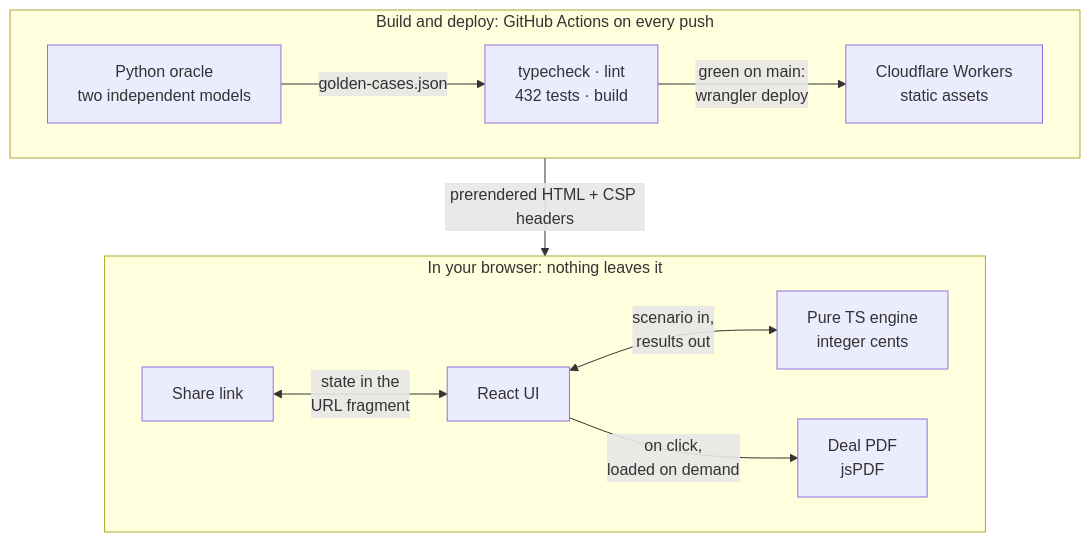
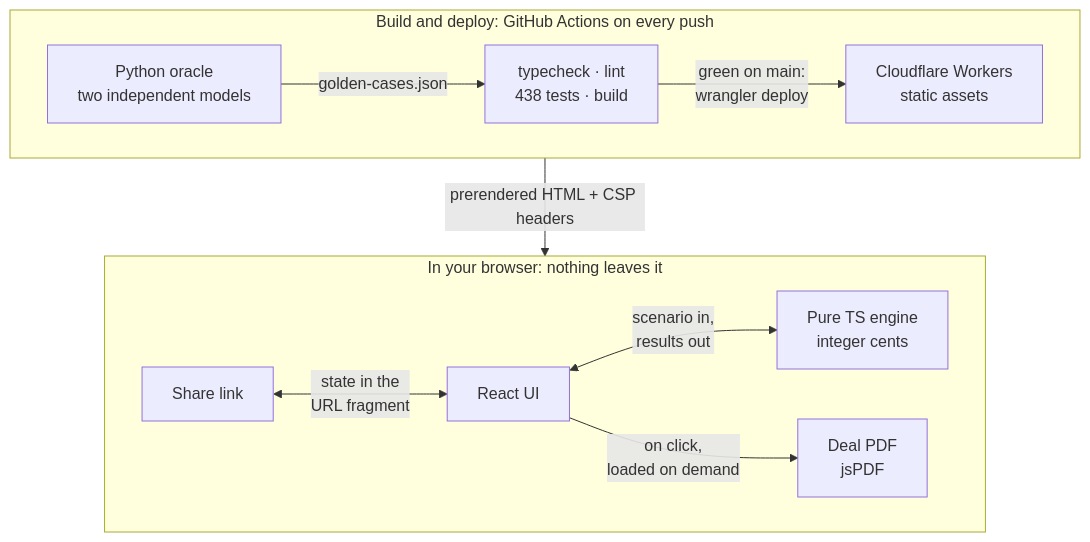
One commit to andriuskleinas/tiny-percent changed the diagram in README.md. Above: the diagram before and after it, drawn with Mermaid. The commit also changed other lines of this file and 4 other files, not shown here.

````diff
--- a/README.md
+++ b/README.md
@@ -143,15 +150,15 @@
 ```mermaid
 flowchart TB
   subgraph Build["Build and deploy: GitHub Actions on every push"]
     direction LR
-    O[Python oracle<br/>two independent models] -->|golden-cases.json| G[typecheck · lint<br/>432 tests · build]
+    O[Python oracle<br/>two independent models] -->|golden-cases.json| G[typecheck · lint<br/>438 tests · build]
     G -->|green on main:<br/>wrangler deploy| CF[Cloudflare Workers<br/>static assets]
   end
   subgraph Browser["In your browser: nothing leaves it"]
     direction LR
     L[Share link] <-->|state in the<br/>URL fragment| UI[React UI]
     UI <-->|scenario in,<br/>results out| E[Pure TS engine<br/>integer cents]
     UI -->|on click,<br/>loaded on demand| P[Deal PDF<br/>jsPDF]
   end
   Build -->|prerendered HTML + CSP headers| Browser
 ```
````
